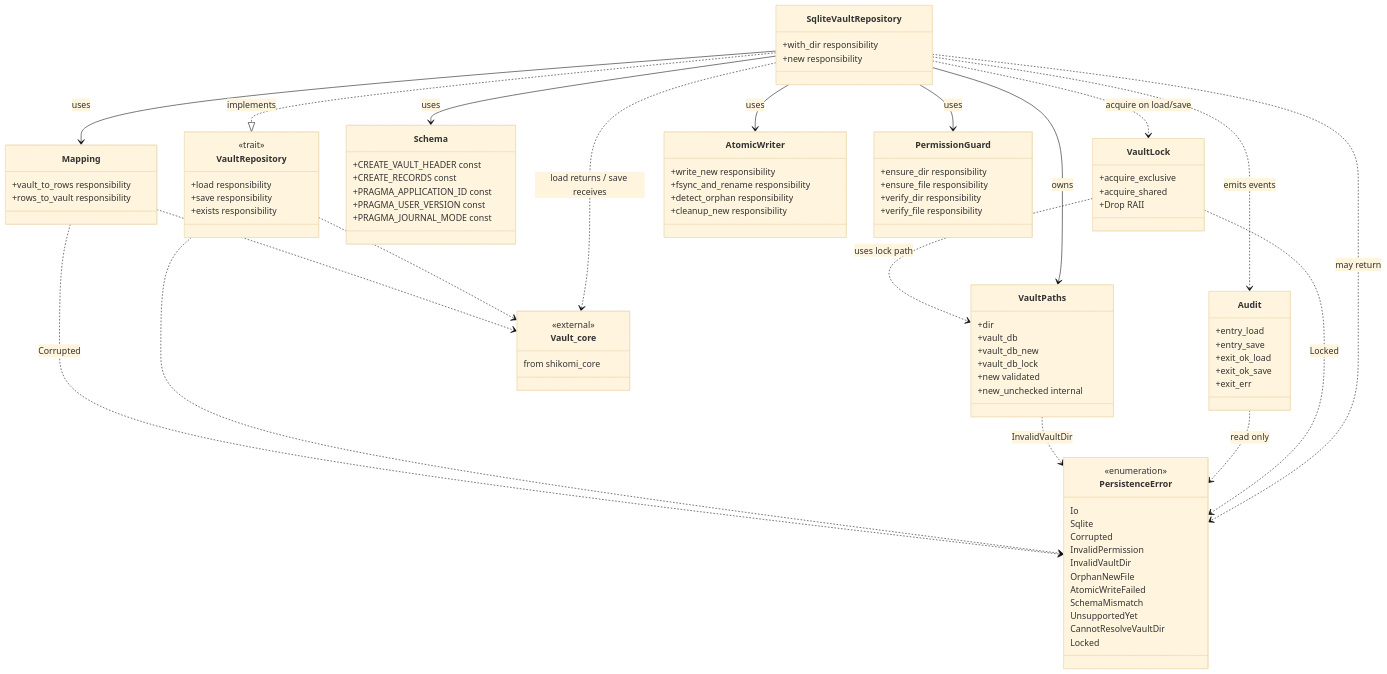
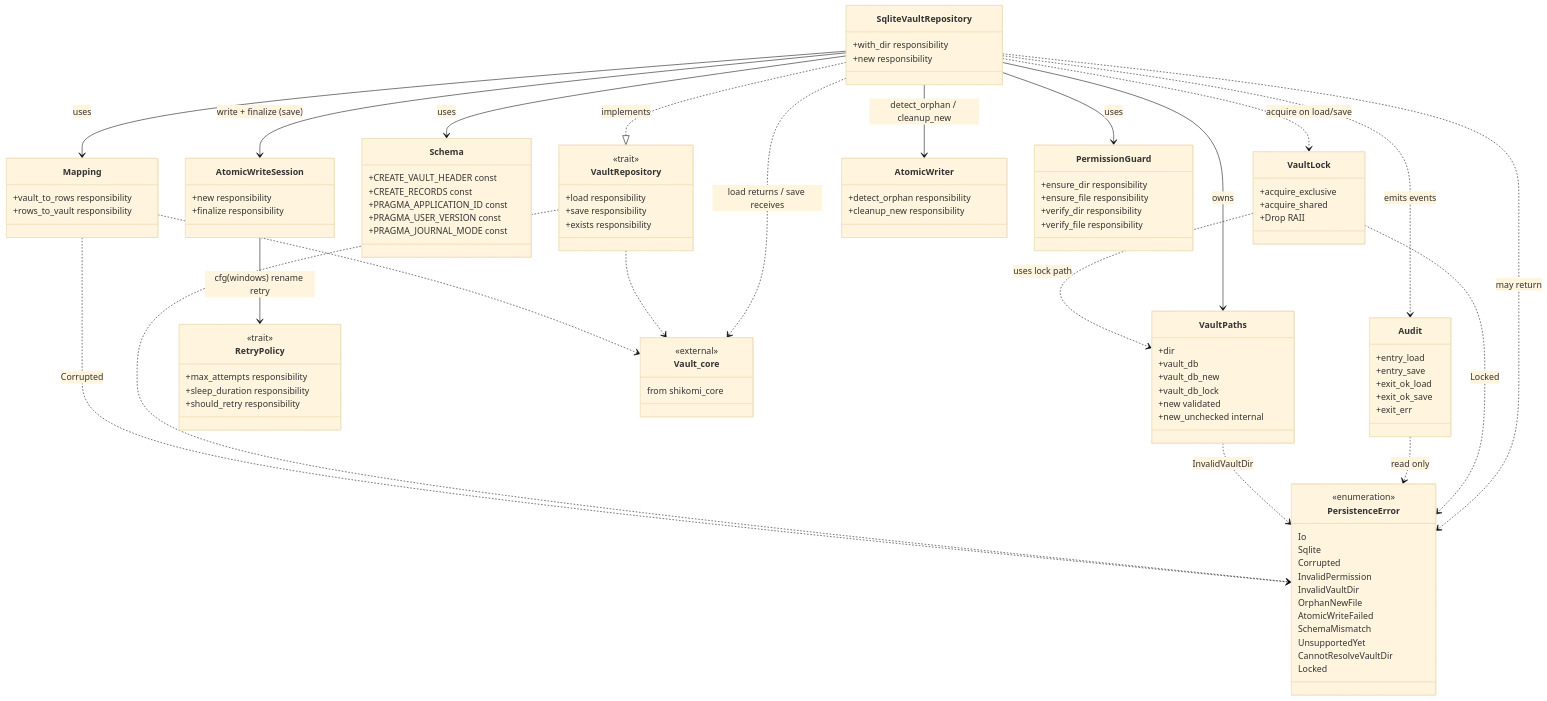
Before and after one commit to shikomi-dev/shikomi: the first of 5 diagrams in docs/features/vault-persistence/basic-design/index.md, drawn with Mermaid (base theme). The commit also changed other lines of this file and 4 other files, not shown here.

First line of the commit message:
docs(vault-persistence): Phase 8 リファクタ設計確定 — AtomicWriteSession / RetryPolicy / DACL / dir-fd (#117)

```diff
--- a/docs/features/vault-persistence/basic-design/index.md
+++ b/docs/features/vault-persistence/basic-design/index.md
@@ -141,11 +141,21 @@
         +rows_to_vault responsibility
     }
 
+    class AtomicWriteSession {
+        +new responsibility
+        +finalize responsibility
+    }
+
     class AtomicWriter {
-        +write_new responsibility
-        +fsync_and_rename responsibility
         +detect_orphan responsibility
         +cleanup_new responsibility
+    }
+
+    class RetryPolicy {
+        <<trait>>
+        +max_attempts responsibility
+        +sleep_duration responsibility
+        +should_retry responsibility
     }
 
     class PermissionGuard {
@@ -164,8 +174,10 @@
     SqliteVaultRepository --> VaultPaths : owns
     SqliteVaultRepository --> Schema : uses
     SqliteVaultRepository --> Mapping : uses
-    SqliteVaultRepository --> AtomicWriter : uses
+    SqliteVaultRepository --> AtomicWriteSession : write + finalize (save)
+    SqliteVaultRepository --> AtomicWriter : detect_orphan / cleanup_new
     SqliteVaultRepository --> PermissionGuard : uses
+    AtomicWriteSession --> RetryPolicy : cfg(windows) rename retry
     SqliteVaultRepository ..> VaultLock : acquire on load/save
     SqliteVaultRepository ..> Audit : emits events
     SqliteVaultRepository ..> Vault_core : load returns / save receives
```
